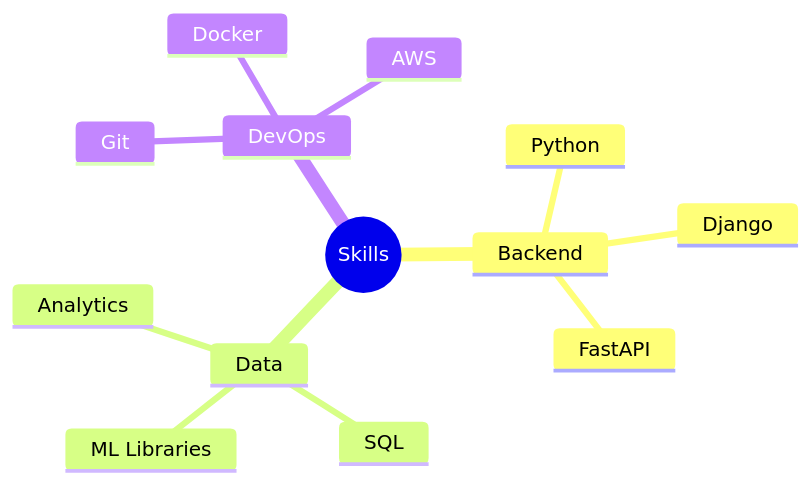
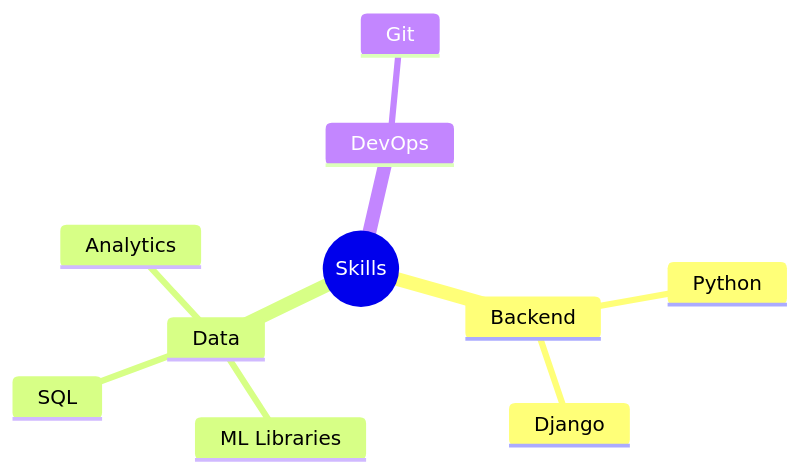
One commit to Anel777/Anel777 changed the diagram in README.md. Above: the diagram before and after it, drawn with Mermaid. The commit also changed other lines of this file, not shown here.

````diff
--- a/README.md
+++ b/README.md
@@ -35,16 +23,13 @@
 ```mermaid
 mindmap
   root((Skills))
     Backend
       Python
       Django
-      FastAPI
     Data
       ML Libraries
       SQL
       Analytics
     DevOps
       Git
-      Docker
-      AWS
 ```
````
